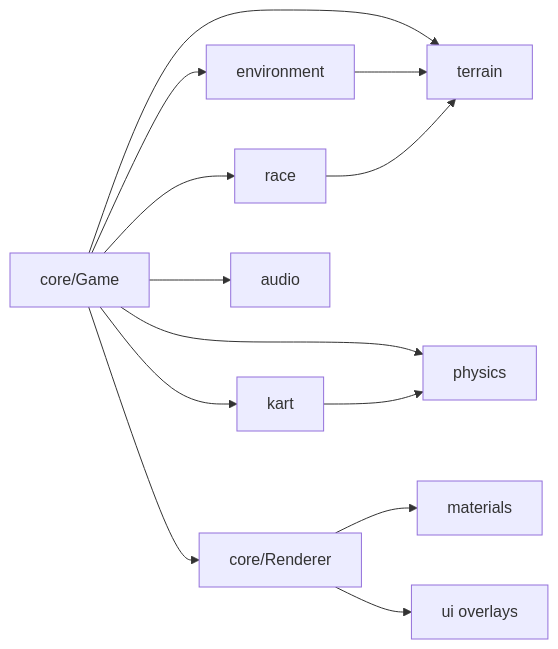
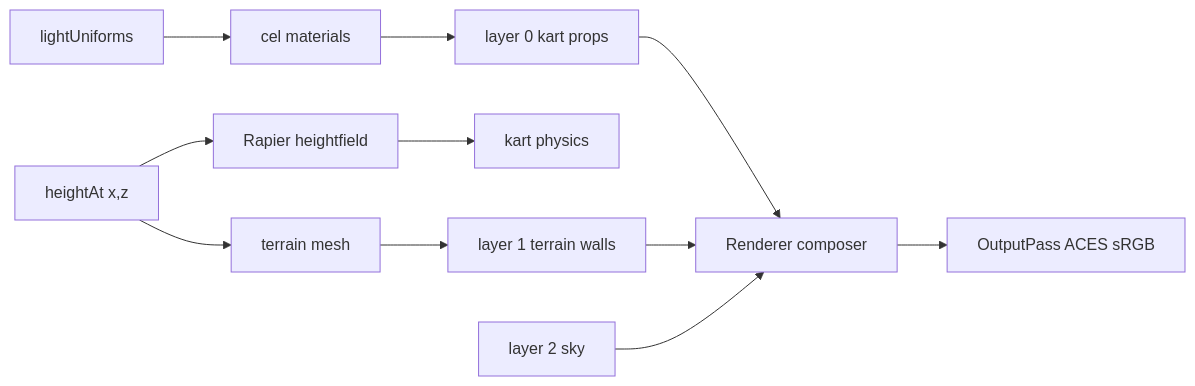
Before and after one commit to jjgroenendijk/cart-game: the diagram in src/AGENTS.md, drawn with Mermaid. The commit also changed other lines of this file, not shown here.

Commit message:
docs: distinguish source agent graph
Context
Root and source AGENTS.md diagrams described nearly the same runtime flow, making the nested source guide less useful.

Change
Replace the src/AGENTS.md graph with a rendering and terrain flow that covers heightAt, the Rapier heightfield, material lighting, composer layers, and output processing.

Rationale
Keep the root diagram high level while the source guide shows source-specific invariants.

Impact/Risk
Docs only.

Tests
npm run lint:md
npm run lint:repo
npm run format
npm run lint
npm run typecheck
npm run test

No issue exists; this came from direct AGENTS.md review.

````diff
--- a/src/AGENTS.md
+++ b/src/AGENTS.md
@@ -20,15 +20,13 @@
 ```mermaid
 flowchart LR
-  core[core/Game] --> terrain[terrain]
-  core --> environment[environment]
-  environment --> terrain
-  core --> physics[physics]
-  core --> kart[kart]
-  kart --> physics
-  core --> race[race]
-  race --> terrain
-  core --> audio[audio]
-  core --> renderer[core/Renderer]
-  renderer --> materials[materials]
-  renderer --> ui[ui overlays]
+  height[heightAt x,z] --> mesh[terrain mesh]
+  height --> collider[Rapier heightfield]
+  mesh --> layer1[layer 1 terrain walls]
+  collider --> kart[kart physics]
+  light[lightUniforms] --> cel[cel materials]
+  cel --> layer0[layer 0 kart props]
+  layer0 --> renderer[Renderer composer]
+  layer1 --> renderer
+  sky[layer 2 sky] --> renderer
+  renderer --> output[OutputPass ACES sRGB]
 ```
````
